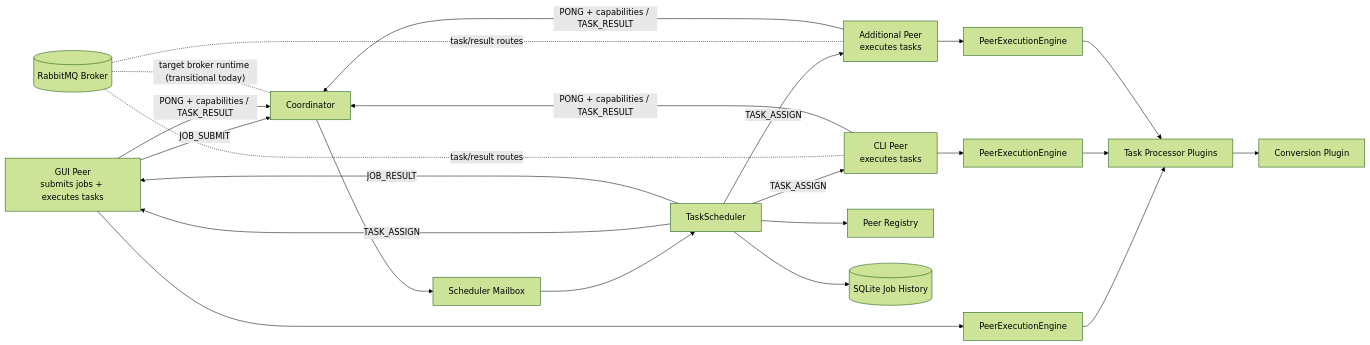
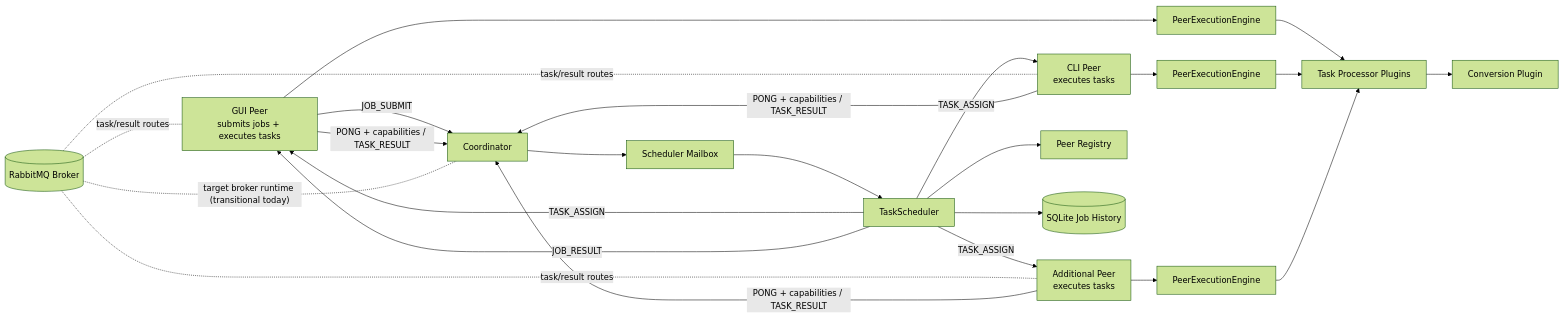
The diagram in README.md (HuuPhu-Nguyen/Task-Flow-2), drawn with Mermaid (forest theme) before and after one commit. The commit also changed other lines of this file and 32 other files, not shown here.

````diff
--- a/README.md
+++ b/README.md
@@ -38,26 +38,27 @@
 ```mermaid
 flowchart LR
     PeerA[GUI Peer\nsubmits jobs + executes tasks] -->|JOB_SUBMIT| Coordinator
     PeerA -->|PONG + capabilities / TASK_RESULT| Coordinator
     PeerB[CLI Peer\nexecutes tasks] -->|PONG + capabilities / TASK_RESULT| Coordinator
     PeerC[Additional Peer\nexecutes tasks] -->|PONG + capabilities / TASK_RESULT| Coordinator
     Coordinator --> Mailbox[Scheduler Mailbox]
     Mailbox --> Scheduler[TaskScheduler]
     Scheduler --> Registry[Peer Registry]
     Scheduler --> Store[(SQLite Job History)]
     Scheduler -->|TASK_ASSIGN| PeerA
     Scheduler -->|TASK_ASSIGN| PeerB
     Scheduler -->|TASK_ASSIGN| PeerC
     PeerA --> EngineA[PeerExecutionEngine]
     PeerB --> EngineB[PeerExecutionEngine]
     PeerC --> EngineC[PeerExecutionEngine]
     EngineA --> Plugins[Task Processor Plugins]
     EngineB --> Plugins
     EngineC --> Plugins
     Plugins --> Conversion[Conversion Plugin]
     Scheduler -->|JOB_RESULT| PeerA
 
     RabbitMQ[(RabbitMQ Broker)] -. target broker runtime (transitional today) .- Coordinator
+    RabbitMQ -. task/result routes .- PeerA
     RabbitMQ -. task/result routes .- PeerB
     RabbitMQ -. task/result routes .- PeerC
 ```
````
